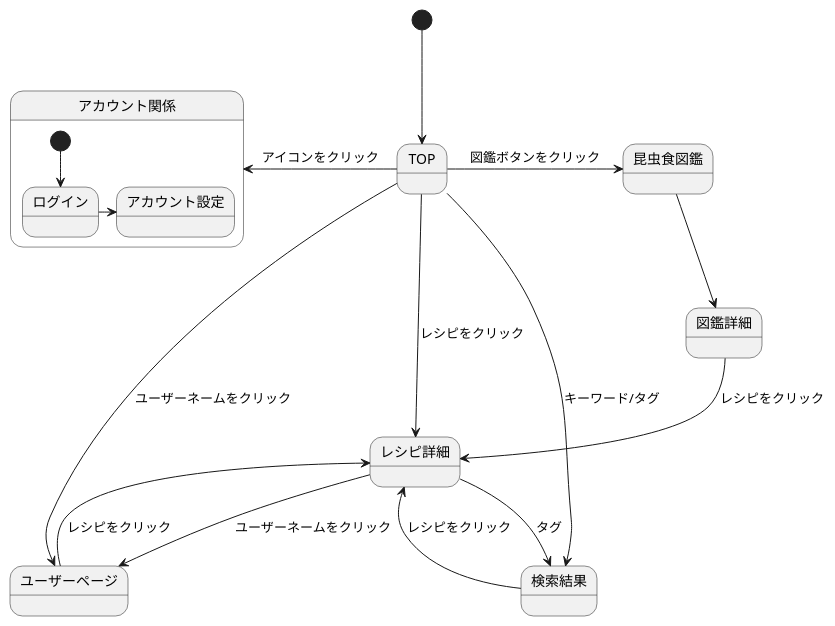
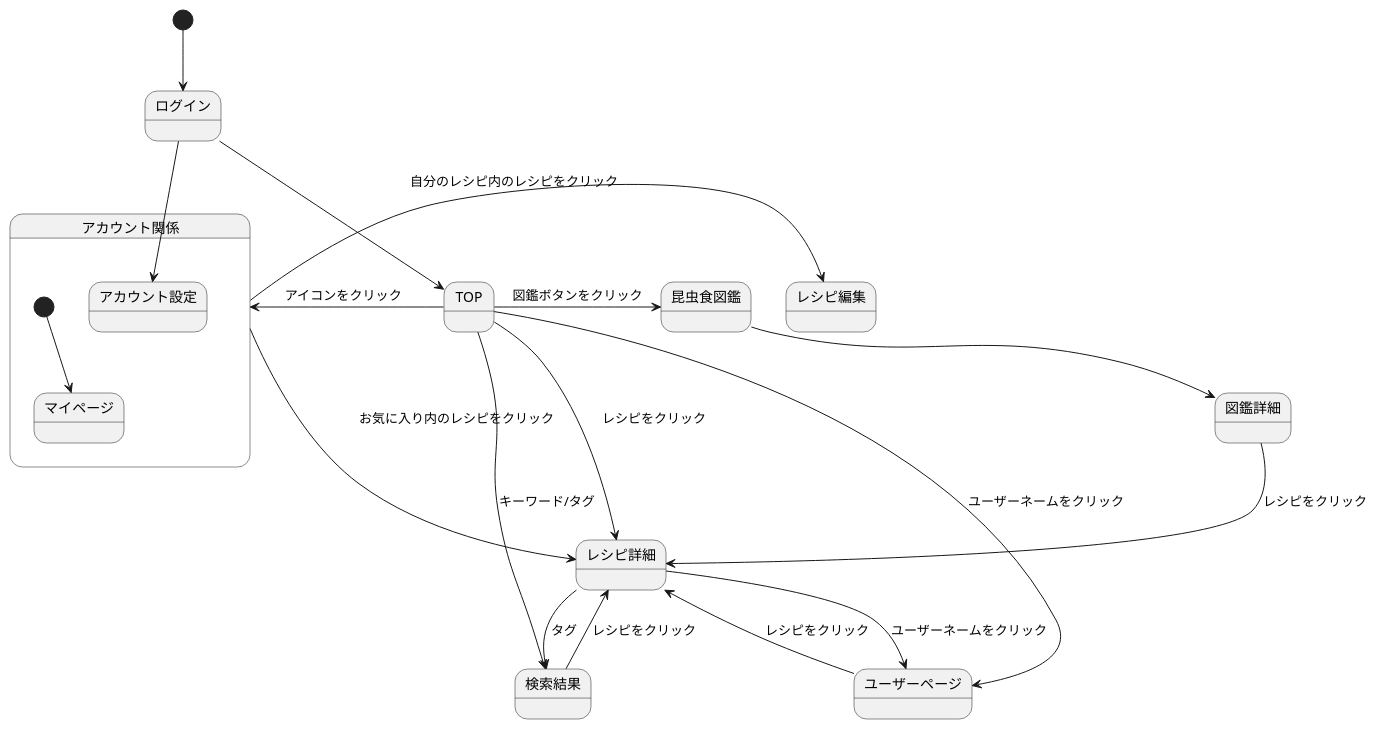
The diagram in ScreenTransitionDiagramlogin.md (ASO2001040/bugbug-design), drawn with PlantUML before and after one commit.

````diff
--- a/ScreenTransitionDiagramlogin.md
+++ b/ScreenTransitionDiagramlogin.md
@@ -1,22 +1,25 @@
 ```uml
 @startuml
-[*]-->TOP
+[*]-->ログイン
 
+ログイン-->TOP
 TOP-left->アカウント関係: アイコンをクリック
 TOP->昆虫食図鑑: 図鑑ボタンをクリック
 TOP->ユーザーページ: ユーザーネームをクリック
 TOP->レシピ詳細: レシピをクリック
 TOP->検索結果: キーワード/タグ
+アカウント関係->レシピ詳細: お気に入り内のレシピをクリック
+アカウント関係->レシピ編集: 自分のレシピ内のレシピをクリック
 ユーザーページ-->レシピ詳細: レシピをクリック
 レシピ詳細-->ユーザーページ: ユーザーネームをクリック
 レシピ詳細-->検索結果: タグ
 検索結果-->レシピ詳細: レシピをクリック
 昆虫食図鑑-->図鑑詳細
 図鑑詳細-->レシピ詳細: レシピをクリック
 
 state アカウント関係 {
- [*] --> ログイン
+ [*] --> マイページ
  ログイン-> アカウント設定
  }
 @enduml
 ```
````
